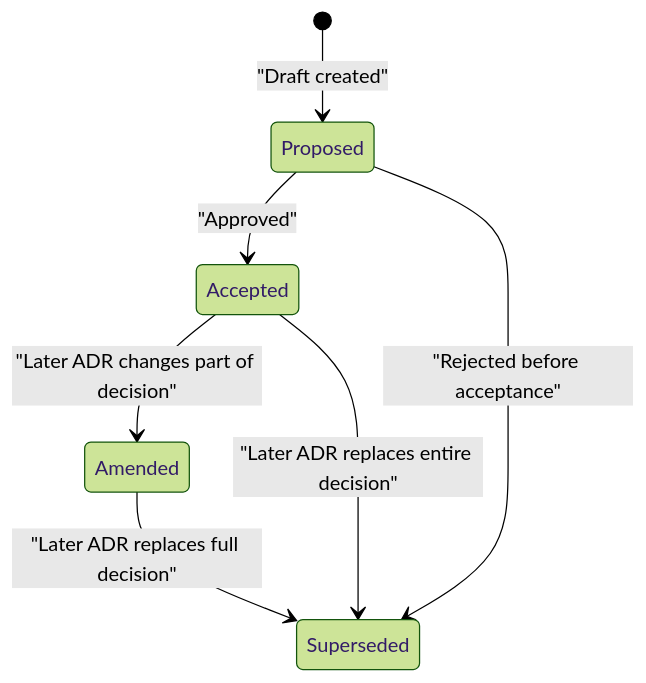
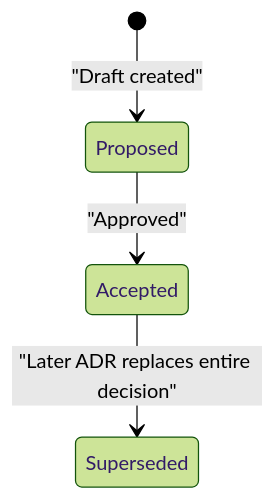
One commit to Kuldeep2822k/palee-architecture changed the third of 4 diagrams in Architecture Decision Records/ADR Lifecycle and Conventions.md. Above: the diagram before and after it, drawn with Mermaid (forest theme). The commit also changed other lines of this file and 8 other files, not shown here.

Commit message:
docs(adr): fix lifecycle statuses, stale-temp order and planning diagrams

````diff
--- a/Architecture Decision Records/ADR Lifecycle and Conventions.md
+++ b/Architecture Decision Records/ADR Lifecycle and Conventions.md
@@ -134,9 +135,6 @@
 ```mermaid
 stateDiagram-v2
     [*] --> Proposed : "Draft created"
     Proposed --> Accepted : "Approved"
-    Accepted --> Amended : "Later ADR changes part of decision"
     Accepted --> Superseded : "Later ADR replaces entire decision"
-    Proposed --> Superseded : "Rejected before acceptance"
-    Amended --> Superseded : "Later ADR replaces full decision"
 ```
````
